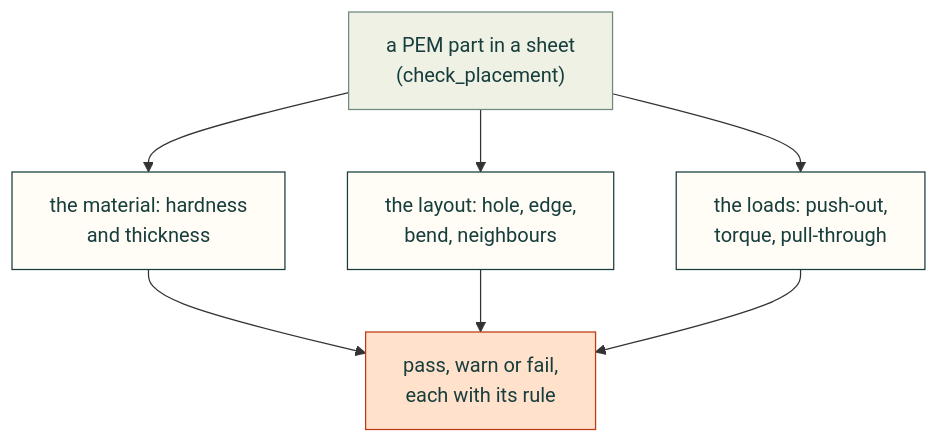
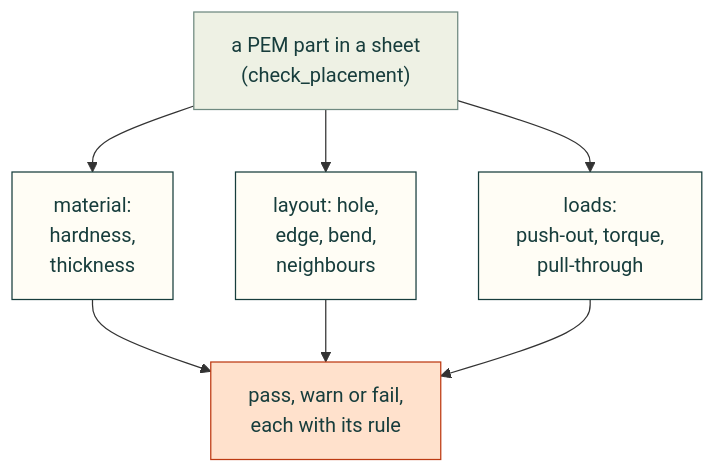
One commit to Valpatel/cad-agent changed the third of 9 diagrams in research/sheet-metal-joining.md. Above: the diagram before and after it, drawn with Mermaid.

Commit message:
Clinch check diagram fits the 1100 px column

````diff
--- a/research/sheet-metal-joining.md
+++ b/research/sheet-metal-joining.md
@@ -138,15 +138,15 @@
 ```mermaid
 flowchart TD
-    P["a PEM part in a sheet<br/>(check_placement)"] --> M["the material: hardness<br/>and thickness"]
-    P --> G["the layout: hole, edge,<br/>bend, neighbours"]
-    P --> L["the loads: push-out,<br/>torque, pull-through"]
+    P["a PEM part in a sheet<br/>(check_placement)"] --> M["material:<br/>hardness,<br/>thickness"]
+    P --> G["layout: hole,<br/>edge, bend,<br/>neighbours"]
+    P --> L["loads:<br/>push-out, torque,<br/>pull-through"]
     M --> V["pass, warn or fail,<br/>each with its rule"]
     G --> V
     L --> V
     classDef here fill:#fffdf5,stroke:#173d3c,color:#173d3c
     classDef near fill:#eef1e4,stroke:#6f8a80,color:#173d3c
     classDef out fill:#ffe1cc,stroke:#bd3a12,color:#173d3c
     class P near
     class M,G,L here
     class V out
 ```
````
